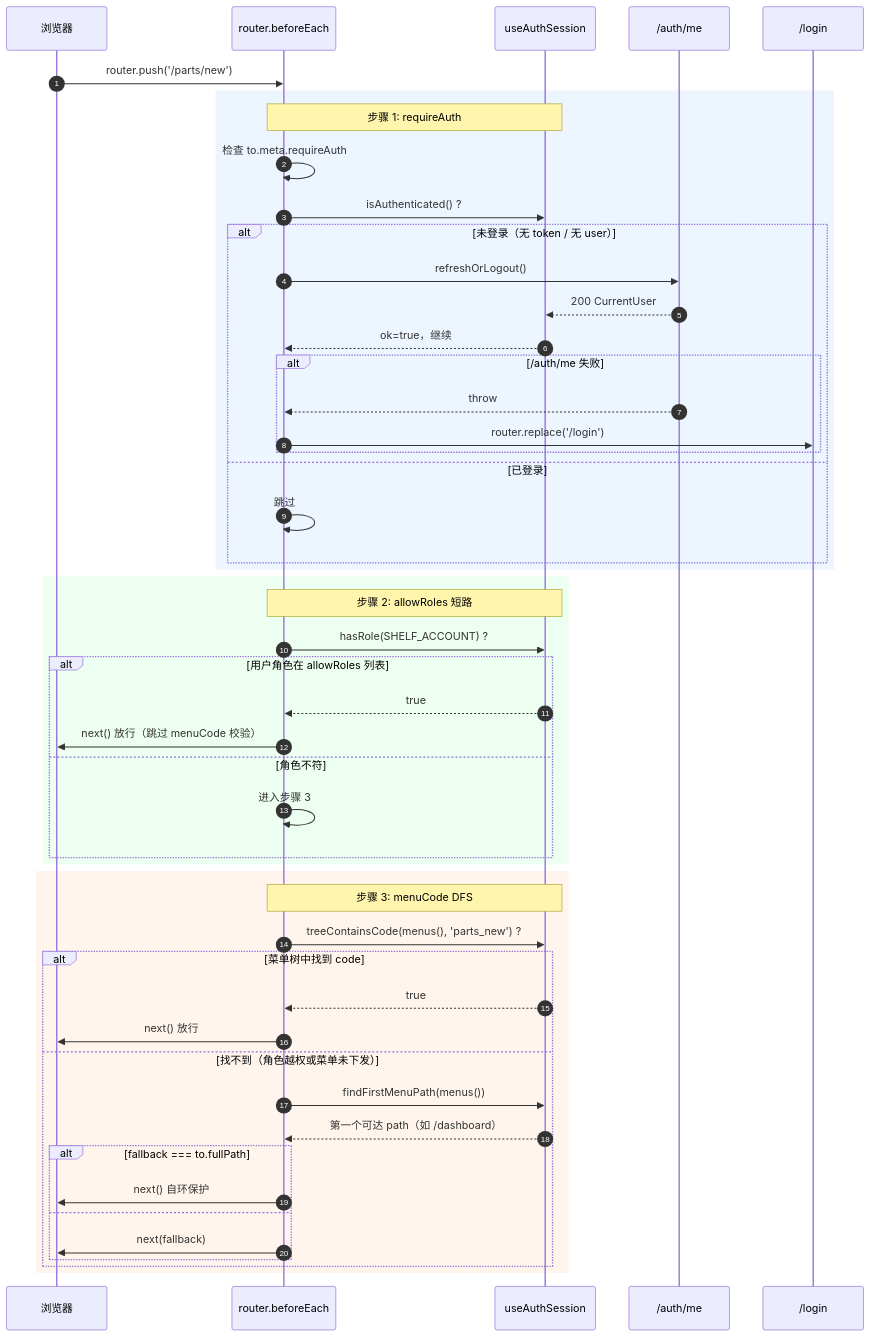
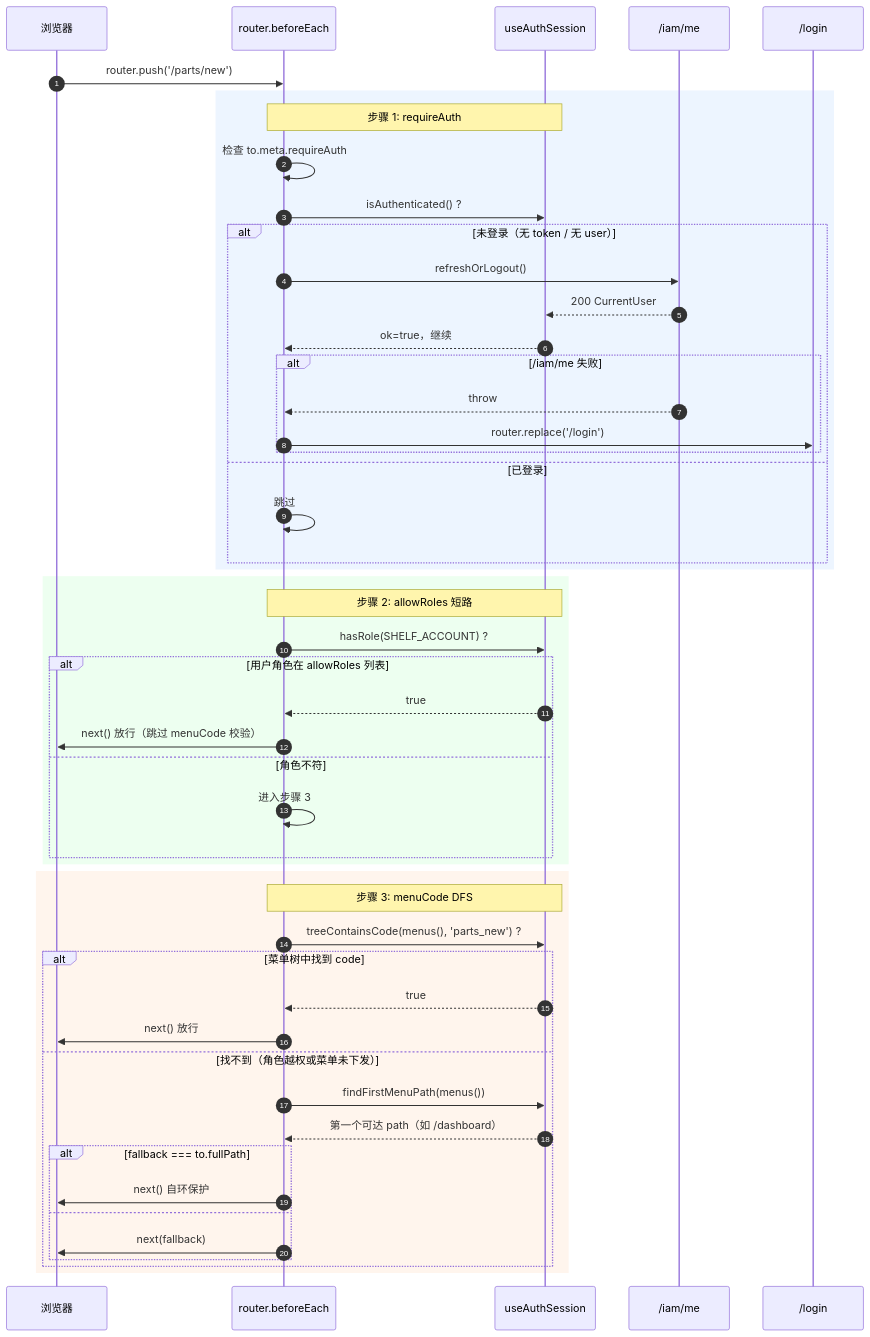
One commit to kurisu-004/frontend changed the first of 2 diagrams in docs/02-architecture/routing-and-permissions.md. Above: the diagram before and after it, drawn with Mermaid. The commit also changed other lines of this file and 16 other files, not shown here.

First line of the commit message:
refactor(iam): 前端 API 路径切换 /auth + /users → /iam（2026-09-19）

````diff
--- a/docs/02-architecture/routing-and-permissions.md
+++ b/docs/02-architecture/routing-and-permissions.md
@@ -59,56 +59,56 @@
 ```mermaid
 sequenceDiagram
     autonumber
     participant Browser as 浏览器
     participant Router as router.beforeEach
     participant Auth as useAuthSession
-    participant API as /auth/me
+    participant API as /iam/me
     participant Login as /login
 
     Browser->>Router: router.push('/parts/new')
 
     rect rgba(220,235,255,0.5)
     note over Router,Auth: 步骤 1: requireAuth
     Router->>Router: 检查 to.meta.requireAuth
     Router->>Auth: isAuthenticated() ?
     alt 未登录（无 token / 无 user）
         Router->>API: refreshOrLogout()
         API-->>Auth: 200 CurrentUser
         Auth-->>Router: ok=true，继续
-        alt /auth/me 失败
+        alt /iam/me 失败
             API-->>Router: throw
             Router->>Login: router.replace('/login')
         end
     else 已登录
         Router->>Router: 跳过
     end
     end
 
     rect rgba(220,255,225,0.5)
     note over Router,Auth: 步骤 2: allowRoles 短路
     Router->>Auth: hasRole(SHELF_ACCOUNT) ?
     alt 用户角色在 allowRoles 列表
         Auth-->>Router: true
         Router->>Browser: next() 放行（跳过 menuCode 校验）
     else 角色不符
         Router->>Router: 进入步骤 3
     end
     end
 
     rect rgba(255,235,220,0.5)
     note over Router,Auth: 步骤 3: menuCode DFS
     Router->>Auth: treeContainsCode(menus(), 'parts_new') ?
     alt 菜单树中找到 code
         Auth-->>Router: true
         Router->>Browser: next() 放行
     else 找不到（角色越权或菜单未下发）
         Router->>Auth: findFirstMenuPath(menus())
         Auth-->>Router: 第一个可达 path（如 /dashboard）
         alt fallback === to.fullPath
             Router->>Browser: next() 自环保护
         else
             Router->>Browser: next(fallback)
         end
     end
     end
 ```
````
